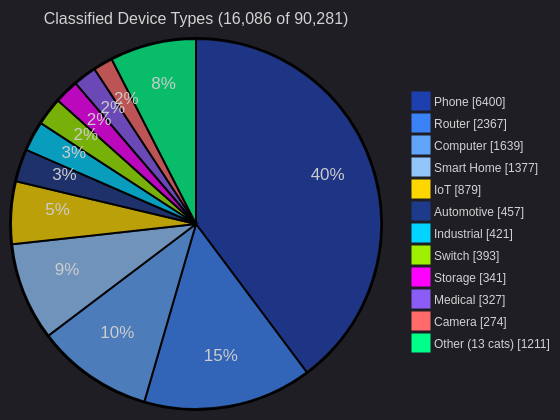
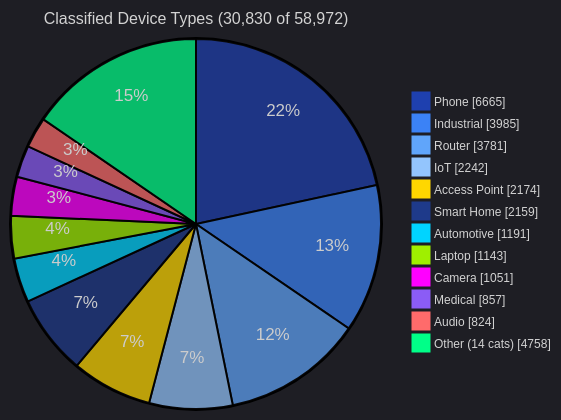
The fourth of 5 diagrams in data/readmes/Ringmast4r__OUI-Master-Database.md (zqf20096327/dbhub_collect), drawn with Mermaid before and after one commit. The commit also changed other lines of this file and 1757 other files, not shown here.

````diff
--- a/data/readmes/Ringmast4r__OUI-Master-Database.md
+++ b/data/readmes/Ringmast4r__OUI-Master-Database.md
@@ -259,17 +170,17 @@
 ```mermaid
 %%{init: {'theme':'dark', 'themeVariables': {'pie1':'#1E40AF','pie2':'#3B82F6','pie3':'#60A5FA','pie4':'#93C5FD','pie5':'#FFD700','pie6':'#1E3A8A','pie7':'#00D4FF','pie8':'#9FEF00','pie9':'#FF00FF','pie10':'#8B5CF6','pie11':'#FF6B6B','pie12':'#00FF88','pieTitleTextSize':'16px','pieLegendTextSize':'12px'}}}%%
 pie showData
-    title Classified Device Types (16,086 of 90,281)
-    "Phone" : 6400
-    "Router" : 2367
-    "Computer" : 1639
-    "Smart Home" : 1377
-    "IoT" : 879
-    "Automotive" : 457
-    "Industrial" : 421
-    "Switch" : 393
-    "Storage" : 341
-    "Medical" : 327
-    "Camera" : 274
-    "Other (13 cats)" : 1211
+    title Classified Device Types (30,830 of 58,972)
+    "Phone" : 6665
+    "Industrial" : 3985
+    "Router" : 3781
+    "IoT" : 2242
+    "Access Point" : 2174
+    "Smart Home" : 2159
+    "Automotive" : 1191
+    "Laptop" : 1143
+    "Camera" : 1051
+    "Medical" : 857
+    "Audio" : 824
+    "Other (14 cats)" : 4758
 ```
````
